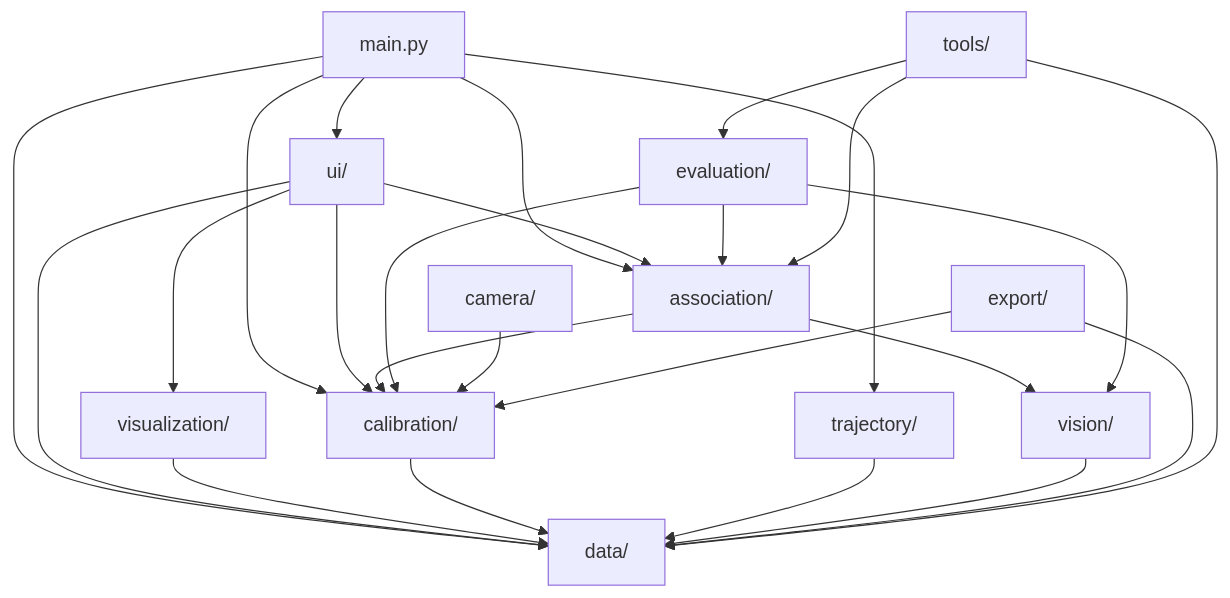
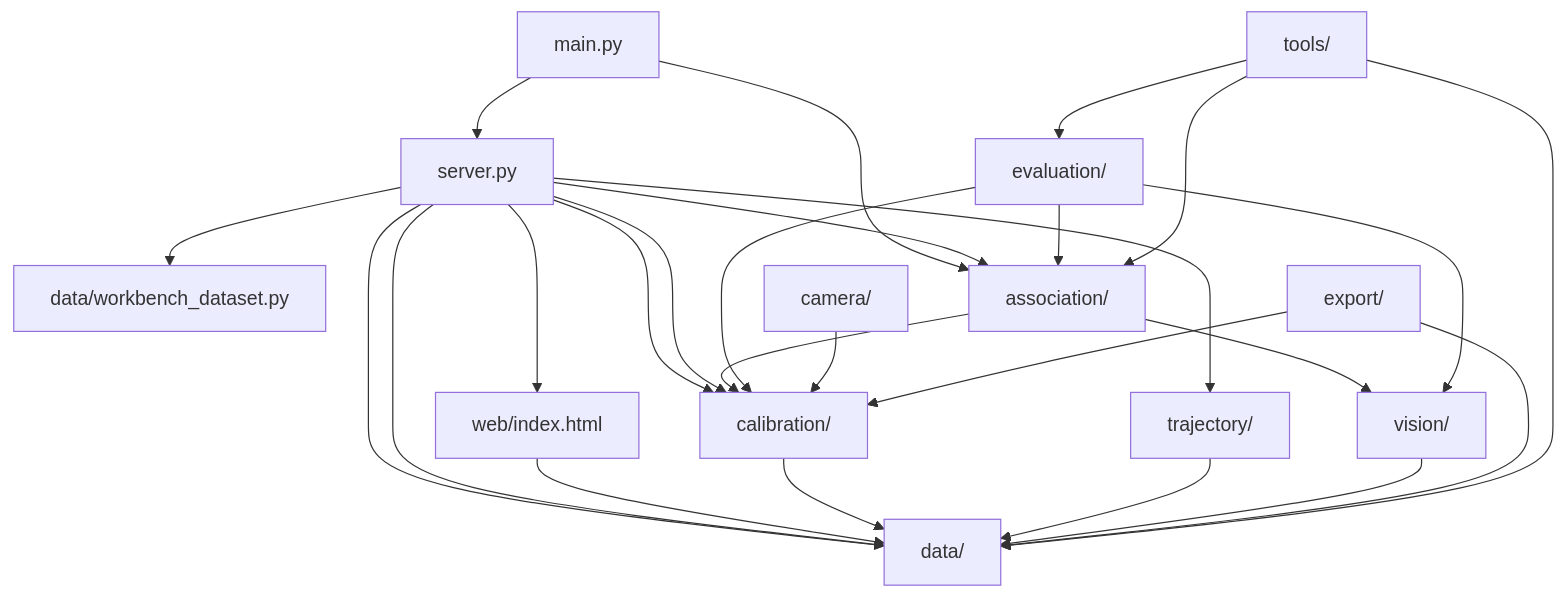
The diagram in README.md (caiusy/RadarCamCalib), drawn with Mermaid before and after one commit. The commit also changed other lines of this file and 11 other files, not shown here.

Commit message:
Replace Qt calibration UI with lightweight web workbench

````diff
--- a/README.md
+++ b/README.md
@@ -243,27 +277,28 @@
 ```mermaid
 graph TD
-    A[main.py] --> B[ui/]
-    A --> C[data/]
-    A --> D[calibration/]
-    A --> E[trajectory/]
+    A[main.py] --> B[server.py]
+    B --> W[web/index.html]
+    B --> X[data/workbench_dataset.py]
+    B --> C[data/]
+    B --> D[calibration/]
+    B --> E[trajectory/]
     A --> K[association/]
-    B --> F[visualization/]
     B --> C
     B --> D
     B --> K
-    F --> C
+    W --> C
     D --> C
     E --> C
     K --> D
     K --> L[vision/]
     L --> C
     M[evaluation/] --> K
     M --> L
     M --> D
     N[camera/] --> D
     G[export/] --> D
     G --> C
     H[tools/] --> C
     H --> K
     H --> M
 ```
````
